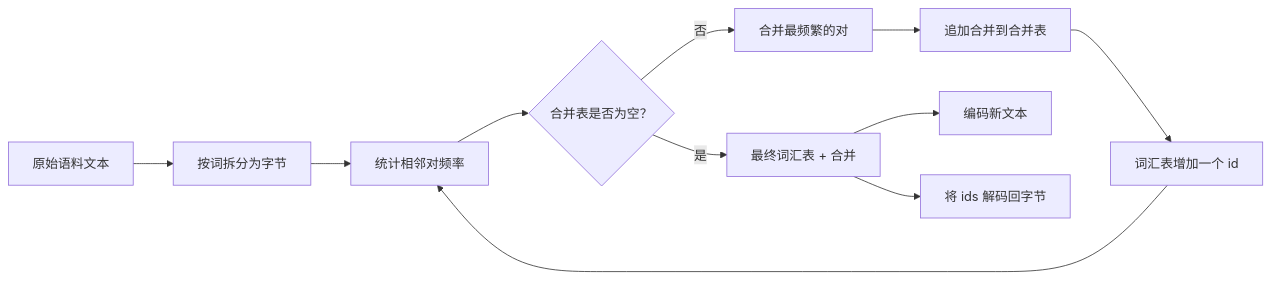
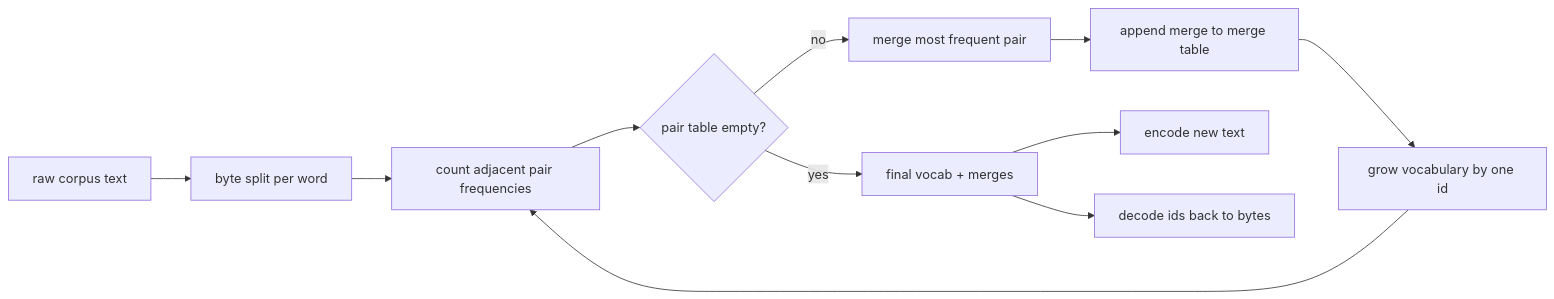
The first of 2 diagrams in i18n/zh/phases/19-capstone-projects/30-bpe-tokenizer-from-scratch/docs/zh.md (xiaojiaenen/ai-engineering-from-scratch-zh), drawn with Mermaid before and after one commit. The commit also changed other lines of this file and 85 other files, not shown here.

````diff
--- a/i18n/zh/phases/19-capstone-projects/30-bpe-tokenizer-from-scratch/docs/zh.md
+++ b/i18n/zh/phases/19-capstone-projects/30-bpe-tokenizer-from-scratch/docs/zh.md
@@ -31,13 +31,13 @@
 ```mermaid
 flowchart LR
-    A[原始语料文本] --> B[按词拆分为字节]
-    B --> C[统计相邻对频率]
-    C --> D{合并表是否为空？}
-    D -- 否 --> E[合并最频繁的对]
-    E --> F[追加合并到合并表]
-    F --> G[词汇表增加一个 id]
+    A[raw corpus text] --> B[byte split per word]
+    B --> C[count adjacent pair frequencies]
+    C --> D{pair table empty?}
+    D -- no --> E[merge most frequent pair]
+    E --> F[append merge to merge table]
+    F --> G[grow vocabulary by one id]
     G --> C
-    D -- 是 --> H[最终词汇表 + 合并]
-    H --> I[编码新文本]
-    H --> J[将 ids 解码回字节]
+    D -- yes --> H[final vocab + merges]
+    H --> I[encode new text]
+    H --> J[decode ids back to bytes]
 ```
````
